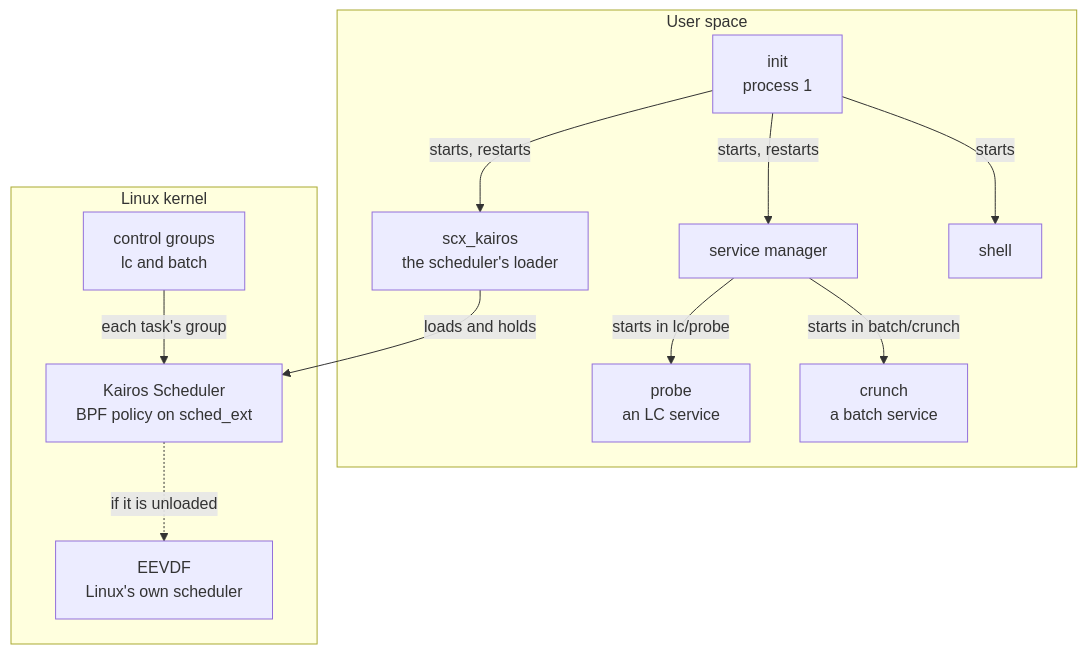
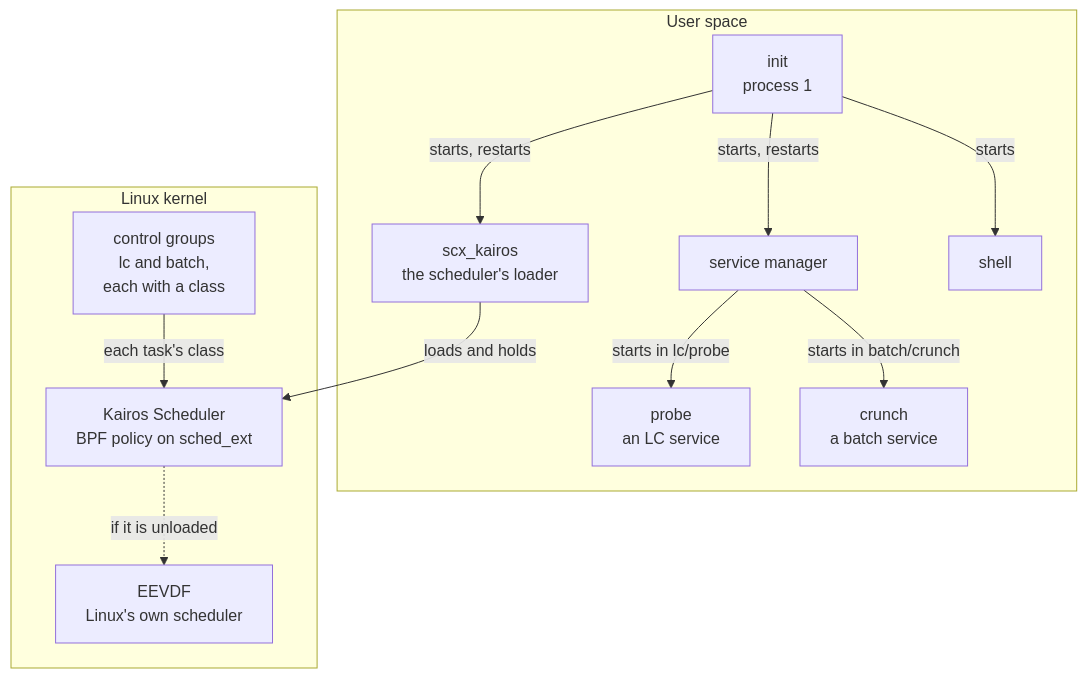
Before and after one commit to AayushNair10/KairOS: the first of 2 diagrams in README.md, drawn with Mermaid. The commit also changed other lines of this file and 2 other files, not shown here.

````diff
--- a/README.md
+++ b/README.md
@@ -31,24 +32,24 @@
 ```mermaid
 flowchart TB
     subgraph US["User space"]
         pid1["init<br/>process 1"]
         ldr["scx_kairos<br/>the scheduler's loader"]
         mgr["service manager"]
         sh1["shell"]
         svc1["probe<br/>an LC service"]
         svc2["crunch<br/>a batch service"]
         pid1 -->|"starts, restarts"| ldr
         pid1 -->|"starts, restarts"| mgr
         pid1 -->|"starts"| sh1
         mgr -->|"starts in lc/probe"| svc1
         mgr -->|"starts in batch/crunch"| svc2
     end
     subgraph K["Linux kernel"]
-        groups["control groups<br/>lc and batch"]
+        groups["control groups<br/>lc and batch,<br/>each with a class"]
         bpf["Kairos Scheduler<br/>BPF policy on sched_ext"]
         fair["EEVDF<br/>Linux's own scheduler"]
-        groups -->|"each task's group"| bpf
+        groups -->|"each task's class"| bpf
         bpf -.->|"if it is unloaded"| fair
     end
     ldr -->|"loads and holds"| bpf
 ```
````
